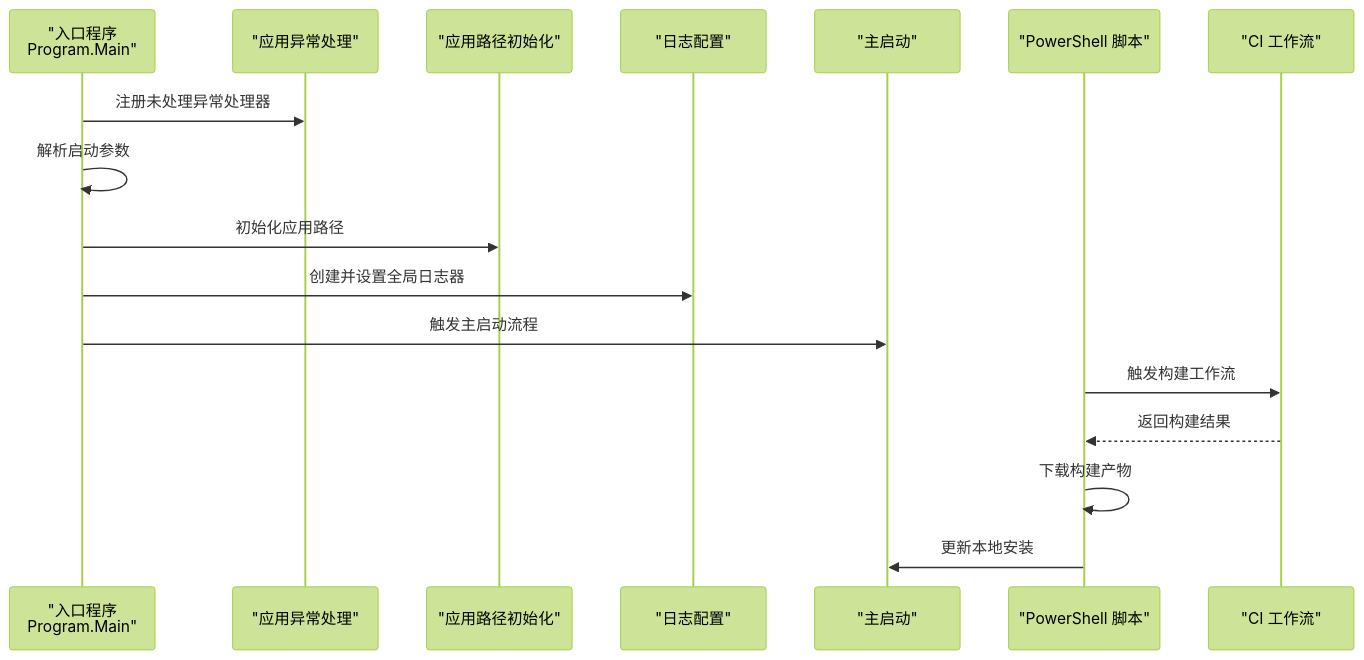
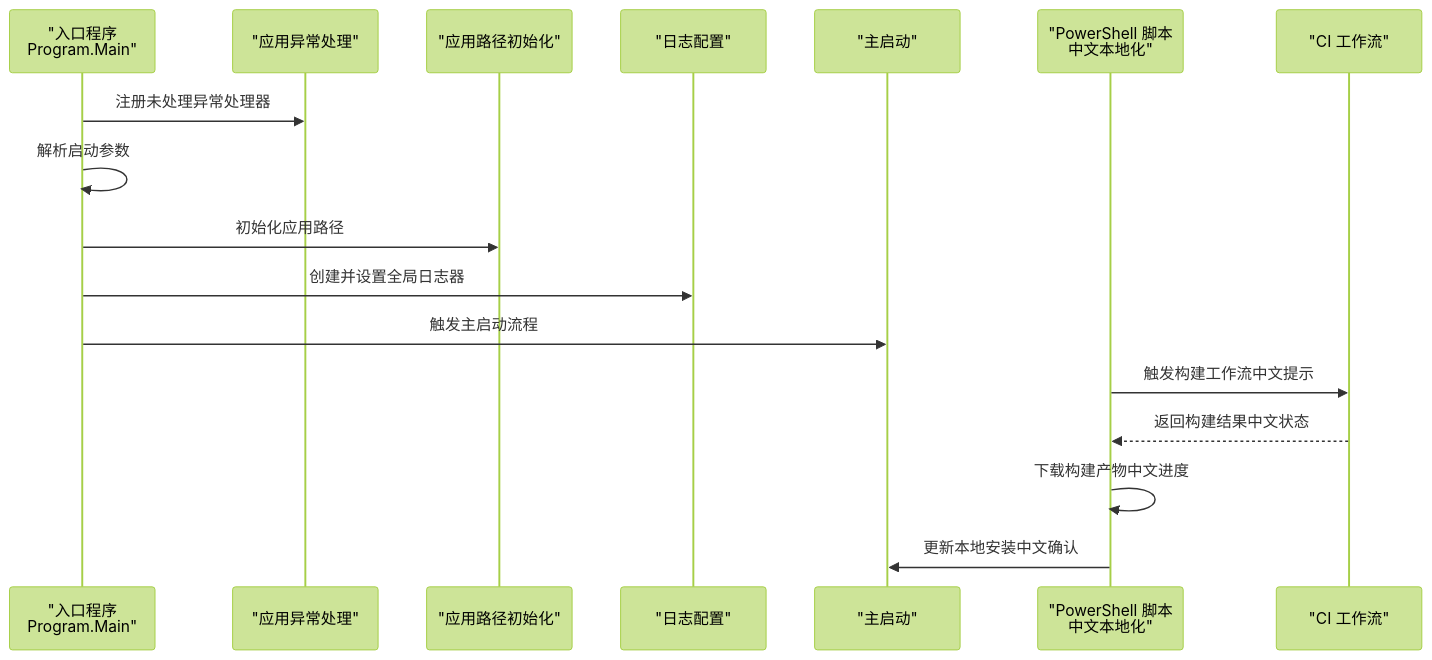
Before and after one commit to tea4go/Macro-Deck: the second of 4 diagrams in .qoder/repowiki/zh/content/开发者指南/开发者指南.md, drawn with Mermaid (forest theme). The commit also changed other lines of this file and 146 other files, not shown here.

````diff
--- a/.qoder/repowiki/zh/content/开发者指南/开发者指南.md
+++ b/.qoder/repowiki/zh/content/开发者指南/开发者指南.md
@@ -90,19 +91,19 @@
 ```mermaid
 sequenceDiagram
 participant Entry as "入口程序<br/>Program.Main"
 participant App as "应用异常处理"
 participant Paths as "应用路径初始化"
 participant Logger as "日志配置"
 participant Host as "主启动"
-participant PS as "PowerShell 脚本"
+participant PS as "PowerShell 脚本<br/>中文本地化"
 participant CI as "CI 工作流"
 Entry->>App : 注册未处理异常处理器
 Entry->>Entry : 解析启动参数
 Entry->>Paths : 初始化应用路径
 Entry->>Logger : 创建并设置全局日志器
 Entry->>Host : 触发主启动流程
-PS->>CI : 触发构建工作流
-CI-->>PS : 返回构建结果
-PS->>PS : 下载构建产物
-PS->>Host : 更新本地安装
+PS->>CI : 触发构建工作流中文提示
+CI-->>PS : 返回构建结果中文状态
+PS->>PS : 下载构建产物中文进度
+PS->>Host : 更新本地安装中文确认
 ```
````
